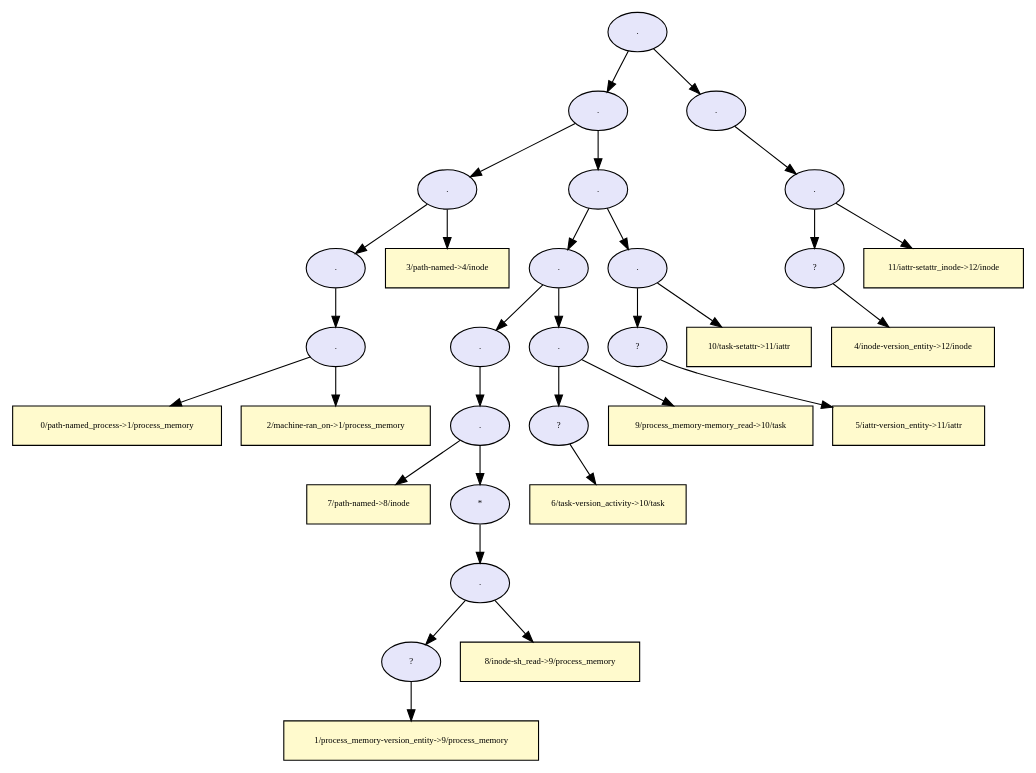
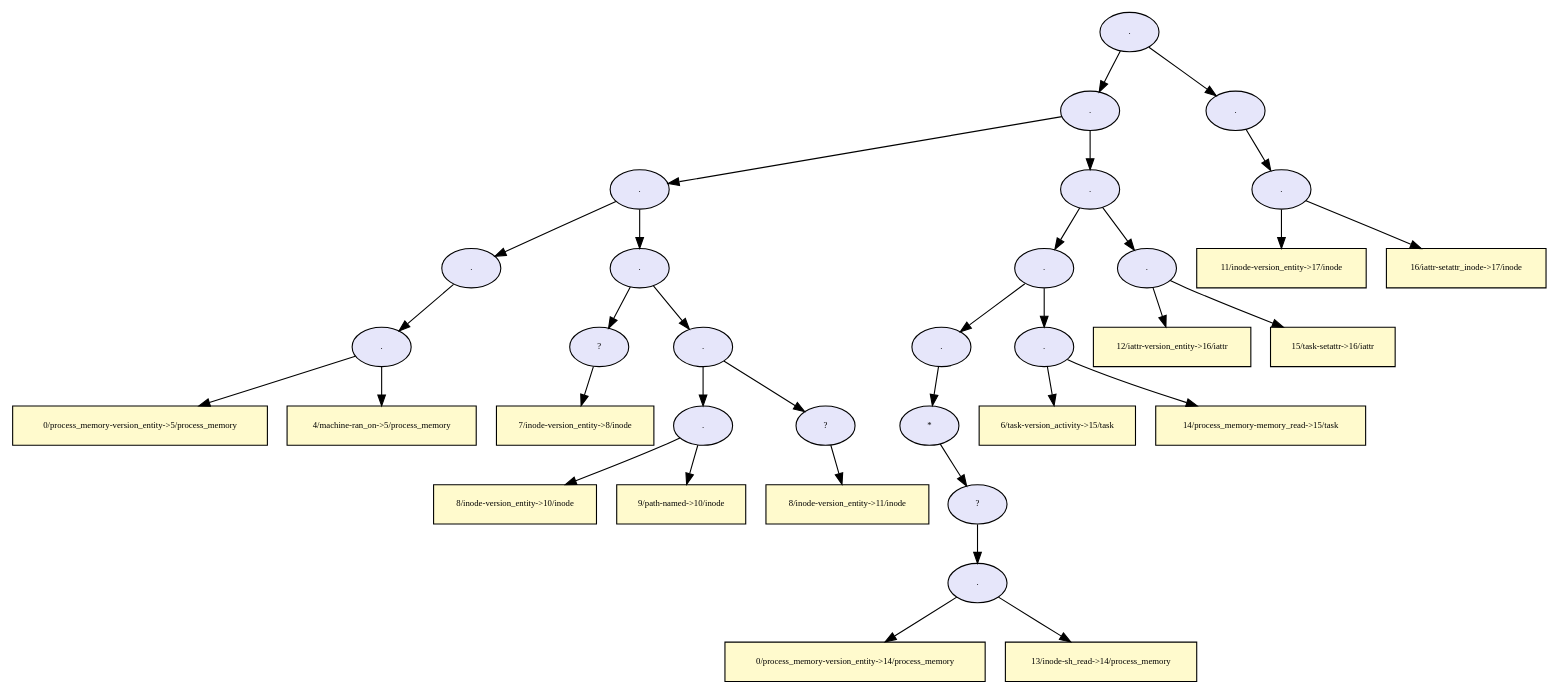
Before and after one commit to TinkerBellSystem/graph-matching: the diagram in dot/provenance_inode_setattr_tree.dot, drawn with Graphviz. The commit also changed 70 other files, not shown here.

```diff
--- a/dot/provenance_inode_setattr_tree.dot
+++ b/dot/provenance_inode_setattr_tree.dot
@@ -1,123 +1,135 @@
-digraph RGL__DirectedAdjacencyGraph {30[fontsize = 8,label = ".",shape = ellipse, fillcolor="#e6e6fa", style = filled]
+digraph RGL__DirectedAdjacencyGraph {36[fontsize = 8,label = ".",shape = ellipse, fillcolor="#e6e6fa", style = filled]
 
-30 -> 24[fontsize = 8, color="#000000"]
+36 -> 31[fontsize = 8, color="#000000"]
 
-24[fontsize = 8,label = ".",shape = ellipse, fillcolor="#e6e6fa", style = filled]
+31[fontsize = 8,label = ".",shape = ellipse, fillcolor="#e6e6fa", style = filled]
 
-24 -> 5[fontsize = 8, color="#000000"]
+31 -> 16[fontsize = 8, color="#000000"]
+
+16[fontsize = 8,label = ".",shape = ellipse, fillcolor="#e6e6fa", style = filled]
+
+16 -> 6[fontsize = 8, color="#000000"]
+
+6[fontsize = 8,label = ".",shape = ellipse, fillcolor="#e6e6fa", style = filled]
+
+6 -> 5[fontsize = 8, color="#000000"]
 
 5[fontsize = 8,label = ".",shape = ellipse, fillcolor="#e6e6fa", style = filled]
 
 5 -> 3[fontsize = 8, color="#000000"]
 
-3[fontsize = 8,label = ".",shape = ellipse, fillcolor="#e6e6fa", style = filled]
-
-3 -> 2[fontsize = 8, color="#000000"]
-
-2[fontsize = 8,label = ".",shape = ellipse, fillcolor="#e6e6fa", style = filled]
-
-2 -> 0[fontsize = 8, color="#000000"]
-
-0[fontsize = 8,label = "0/path-named_process->1/process_memory",shape = rectangle, fillcolor="#fffacd", style = filled]
-
-2 -> 1[fontsize = 8, color="#000000"]
-
-1[fontsize = 8,label = "2/machine-ran_on->1/process_memory",shape = rectangle, fillcolor="#fffacd", style = filled]
+3[fontsize = 8,label = "0/process_memory-version_entity->5/process_memory",shape = rectangle, fillcolor="#fffacd", style = filled]
 
 5 -> 4[fontsize = 8, color="#000000"]
 
-4[fontsize = 8,label = "3/path-named->4/inode",shape = rectangle, fillcolor="#fffacd", style = filled]
+4[fontsize = 8,label = "4/machine-ran_on->5/process_memory",shape = rectangle, fillcolor="#fffacd", style = filled]
 
-24 -> 23[fontsize = 8, color="#000000"]
+16 -> 15[fontsize = 8, color="#000000"]
 
-23[fontsize = 8,label = ".",shape = ellipse, fillcolor="#e6e6fa", style = filled]
+15[fontsize = 8,label = ".",shape = ellipse, fillcolor="#e6e6fa", style = filled]
 
-23 -> 18[fontsize = 8, color="#000000"]
-
-18[fontsize = 8,label = ".",shape = ellipse, fillcolor="#e6e6fa", style = filled]
-
-18 -> 13[fontsize = 8, color="#000000"]
-
-13[fontsize = 8,label = ".",shape = ellipse, fillcolor="#e6e6fa", style = filled]
-
-13 -> 12[fontsize = 8, color="#000000"]
-
-12[fontsize = 8,label = ".",shape = ellipse, fillcolor="#e6e6fa", style = filled]
-
-12 -> 6[fontsize = 8, color="#000000"]
-
-6[fontsize = 8,label = "7/path-named->8/inode",shape = rectangle, fillcolor="#fffacd", style = filled]
-
-12 -> 11[fontsize = 8, color="#000000"]
-
-11[fontsize = 8,label = "*",shape = ellipse, fillcolor="#e6e6fa", style = filled]
-
-11 -> 10[fontsize = 8, color="#000000"]
-
-10[fontsize = 8,label = ".",shape = ellipse, fillcolor="#e6e6fa", style = filled]
-
-10 -> 8[fontsize = 8, color="#000000"]
+15 -> 8[fontsize = 8, color="#000000"]
 
 8[fontsize = 8,label = "?",shape = ellipse, fillcolor="#e6e6fa", style = filled]
 
 8 -> 7[fontsize = 8, color="#000000"]
 
-7[fontsize = 8,label = "1/process_memory-version_entity->9/process_memory",shape = rectangle, fillcolor="#fffacd", style = filled]
-
-10 -> 9[fontsize = 8, color="#000000"]
-
-9[fontsize = 8,label = "8/inode-sh_read->9/process_memory",shape = rectangle, fillcolor="#fffacd", style = filled]
-
-18 -> 17[fontsize = 8, color="#000000"]
-
-17[fontsize = 8,label = ".",shape = ellipse, fillcolor="#e6e6fa", style = filled]
-
-17 -> 15[fontsize = 8, color="#000000"]
-
-15[fontsize = 8,label = "?",shape = ellipse, fillcolor="#e6e6fa", style = filled]
+7[fontsize = 8,label = "7/inode-version_entity->8/inode",shape = rectangle, fillcolor="#fffacd", style = filled]
 
 15 -> 14[fontsize = 8, color="#000000"]
 
-14[fontsize = 8,label = "6/task-version_activity->10/task",shape = rectangle, fillcolor="#fffacd", style = filled]
+14[fontsize = 8,label = ".",shape = ellipse, fillcolor="#e6e6fa", style = filled]
 
-17 -> 16[fontsize = 8, color="#000000"]
+14 -> 11[fontsize = 8, color="#000000"]
 
-16[fontsize = 8,label = "9/process_memory-memory_read->10/task",shape = rectangle, fillcolor="#fffacd", style = filled]
+11[fontsize = 8,label = ".",shape = ellipse, fillcolor="#e6e6fa", style = filled]
 
-23 -> 22[fontsize = 8, color="#000000"]
+11 -> 9[fontsize = 8, color="#000000"]
+
+9[fontsize = 8,label = "8/inode-version_entity->10/inode",shape = rectangle, fillcolor="#fffacd", style = filled]
+
+11 -> 10[fontsize = 8, color="#000000"]
+
+10[fontsize = 8,label = "9/path-named->10/inode",shape = rectangle, fillcolor="#fffacd", style = filled]
+
+14 -> 13[fontsize = 8, color="#000000"]
+
+13[fontsize = 8,label = "?",shape = ellipse, fillcolor="#e6e6fa", style = filled]
+
+13 -> 12[fontsize = 8, color="#000000"]
+
+12[fontsize = 8,label = "8/inode-version_entity->11/inode",shape = rectangle, fillcolor="#fffacd", style = filled]
+
+31 -> 30[fontsize = 8, color="#000000"]
+
+30[fontsize = 8,label = ".",shape = ellipse, fillcolor="#e6e6fa", style = filled]
+
+30 -> 26[fontsize = 8, color="#000000"]
+
+26[fontsize = 8,label = ".",shape = ellipse, fillcolor="#e6e6fa", style = filled]
+
+26 -> 22[fontsize = 8, color="#000000"]
 
 22[fontsize = 8,label = ".",shape = ellipse, fillcolor="#e6e6fa", style = filled]
 
-22 -> 20[fontsize = 8, color="#000000"]
+22 -> 21[fontsize = 8, color="#000000"]
+
+21[fontsize = 8,label = "*",shape = ellipse, fillcolor="#e6e6fa", style = filled]
+
+21 -> 20[fontsize = 8, color="#000000"]
 
 20[fontsize = 8,label = "?",shape = ellipse, fillcolor="#e6e6fa", style = filled]
 
 20 -> 19[fontsize = 8, color="#000000"]
 
-19[fontsize = 8,label = "5/iattr-version_entity->11/iattr",shape = rectangle, fillcolor="#fffacd", style = filled]
+19[fontsize = 8,label = ".",shape = ellipse, fillcolor="#e6e6fa", style = filled]
 
-22 -> 21[fontsize = 8, color="#000000"]
+19 -> 17[fontsize = 8, color="#000000"]
 
-21[fontsize = 8,label = "10/task-setattr->11/iattr",shape = rectangle, fillcolor="#fffacd", style = filled]
+17[fontsize = 8,label = "0/process_memory-version_entity->14/process_memory",shape = rectangle, fillcolor="#fffacd", style = filled]
+
+19 -> 18[fontsize = 8, color="#000000"]
+
+18[fontsize = 8,label = "13/inode-sh_read->14/process_memory",shape = rectangle, fillcolor="#fffacd", style = filled]
+
+26 -> 25[fontsize = 8, color="#000000"]
+
+25[fontsize = 8,label = ".",shape = ellipse, fillcolor="#e6e6fa", style = filled]
+
+25 -> 23[fontsize = 8, color="#000000"]
+
+23[fontsize = 8,label = "6/task-version_activity->15/task",shape = rectangle, fillcolor="#fffacd", style = filled]
+
+25 -> 24[fontsize = 8, color="#000000"]
+
+24[fontsize = 8,label = "14/process_memory-memory_read->15/task",shape = rectangle, fillcolor="#fffacd", style = filled]
 
 30 -> 29[fontsize = 8, color="#000000"]
 
 29[fontsize = 8,label = ".",shape = ellipse, fillcolor="#e6e6fa", style = filled]
 
+29 -> 27[fontsize = 8, color="#000000"]
+
+27[fontsize = 8,label = "12/iattr-version_entity->16/iattr",shape = rectangle, fillcolor="#fffacd", style = filled]
+
 29 -> 28[fontsize = 8, color="#000000"]
 
-28[fontsize = 8,label = ".",shape = ellipse, fillcolor="#e6e6fa", style = filled]
+28[fontsize = 8,label = "15/task-setattr->16/iattr",shape = rectangle, fillcolor="#fffacd", style = filled]
 
-28 -> 26[fontsize = 8, color="#000000"]
+36 -> 35[fontsize = 8, color="#000000"]
 
-26[fontsize = 8,label = "?",shape = ellipse, fillcolor="#e6e6fa", style = filled]
+35[fontsize = 8,label = ".",shape = ellipse, fillcolor="#e6e6fa", style = filled]
 
-26 -> 25[fontsize = 8, color="#000000"]
+35 -> 34[fontsize = 8, color="#000000"]
 
-25[fontsize = 8,label = "4/inode-version_entity->12/inode",shape = rectangle, fillcolor="#fffacd", style = filled]
+34[fontsize = 8,label = ".",shape = ellipse, fillcolor="#e6e6fa", style = filled]
 
-28 -> 27[fontsize = 8, color="#000000"]
+34 -> 32[fontsize = 8, color="#000000"]
 
-27[fontsize = 8,label = "11/iattr-setattr_inode->12/inode",shape = rectangle, fillcolor="#fffacd", style = filled]
+32[fontsize = 8,label = "11/inode-version_entity->17/inode",shape = rectangle, fillcolor="#fffacd", style = filled]
+
+34 -> 33[fontsize = 8, color="#000000"]
+
+33[fontsize = 8,label = "16/iattr-setattr_inode->17/inode",shape = rectangle, fillcolor="#fffacd", style = filled]
 
 }
```
